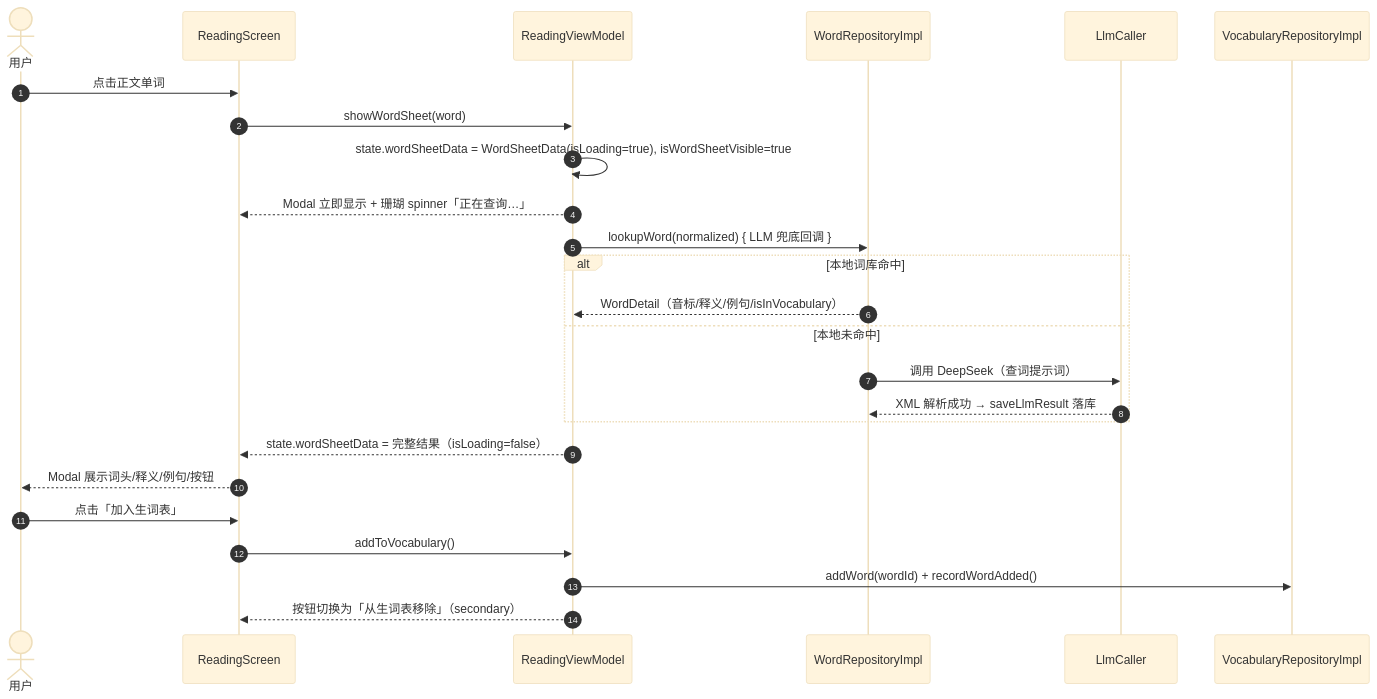
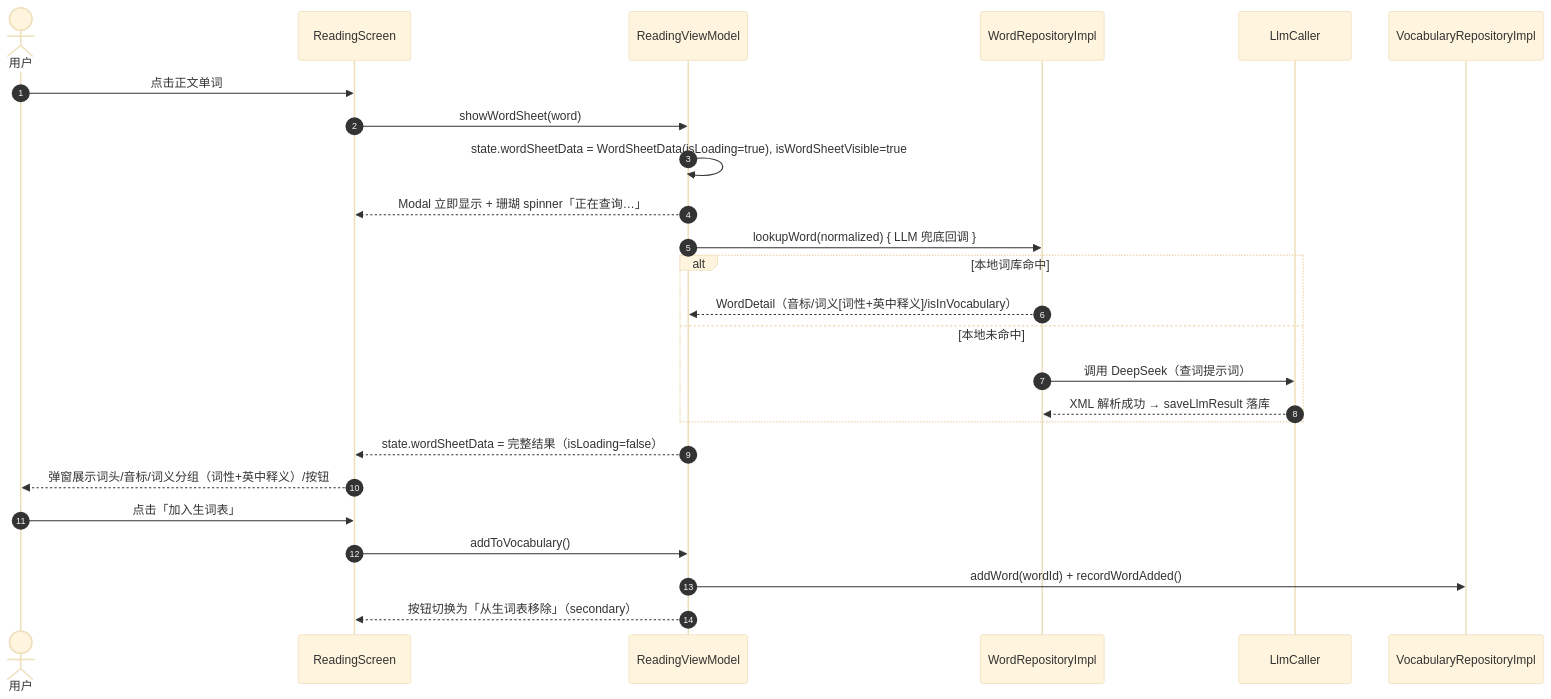
The second of 3 diagrams in impl/app/android/app/docs/UI设计系统.md (kindywu/contexta), drawn with Mermaid (base theme) before and after one commit. The commit also changed other lines of this file and 4 other files, not shown here.

````diff
--- a/impl/app/android/app/docs/UI设计系统.md
+++ b/impl/app/android/app/docs/UI设计系统.md
@@ -253,28 +253,28 @@
 ```mermaid
 sequenceDiagram
     autonumber
     actor U as 用户
     participant S as ReadingScreen
     participant VM as ReadingViewModel
     participant WR as WordRepositoryImpl
     participant LC as LlmCaller
     participant VR as VocabularyRepositoryImpl
 
     U->>S: 点击正文单词
     S->>VM: showWordSheet(word)
     VM->>VM: state.wordSheetData = WordSheetData(isLoading=true), isWordSheetVisible=true
     VM-->>S: Modal 立即显示 + 珊瑚 spinner「正在查询…」
     VM->>WR: lookupWord(normalized) { LLM 兜底回调 }
     alt 本地词库命中
-        WR-->>VM: WordDetail（音标/释义/例句/isInVocabulary）
+        WR-->>VM: WordDetail（音标/词义[词性+英中释义]/isInVocabulary）
     else 本地未命中
         WR->>LC: 调用 DeepSeek（查词提示词）
         LC-->>WR: XML 解析成功 → saveLlmResult 落库
     end
     VM-->>S: state.wordSheetData = 完整结果（isLoading=false）
-    S-->>U: Modal 展示词头/释义/例句/按钮
+    S-->>U: 弹窗展示词头/音标/词义分组（词性+英中释义）/按钮
     U->>S: 点击「加入生词表」
     S->>VM: addToVocabulary()
     VM->>VR: addWord(wordId) + recordWordAdded()
     VM-->>S: 按钮切换为「从生词表移除」（secondary）
 ```
````
